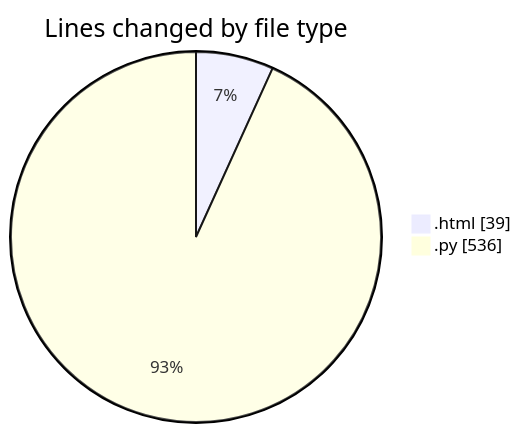
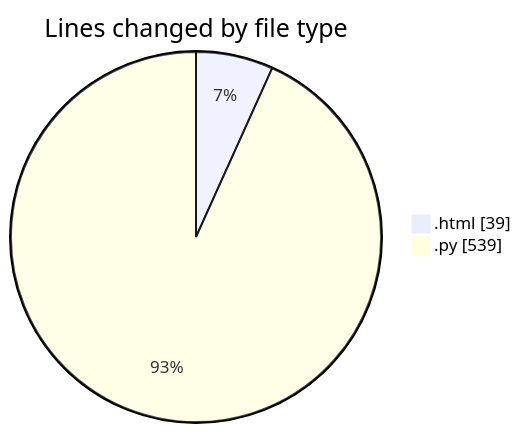
One commit to Ritupan-Deka/code-tracking changed the first of 2 diagrams in 2025-06-22/___base/README.md. Above: the diagram before and after it, drawn with Mermaid. The commit also changed other lines of this file and 1 other file, not shown here.

````diff
--- a/2025-06-22/___base/README.md
+++ b/2025-06-22/___base/README.md
@@ -21,6 +21,6 @@
 ```mermaid
 pie showData
 title Lines changed by file type
 ".html" : 39
-".py" : 536
+".py" : 539
 ```
````
